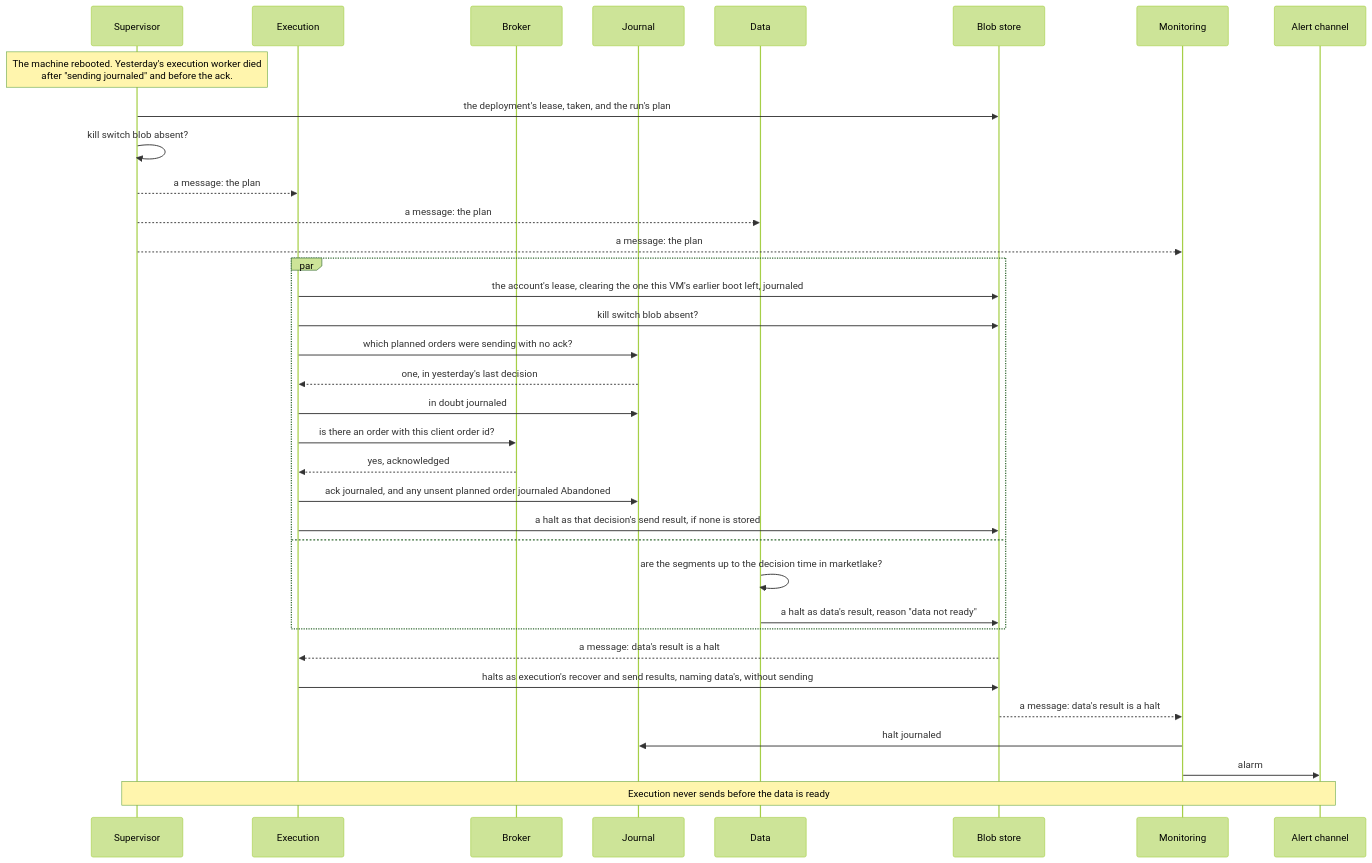
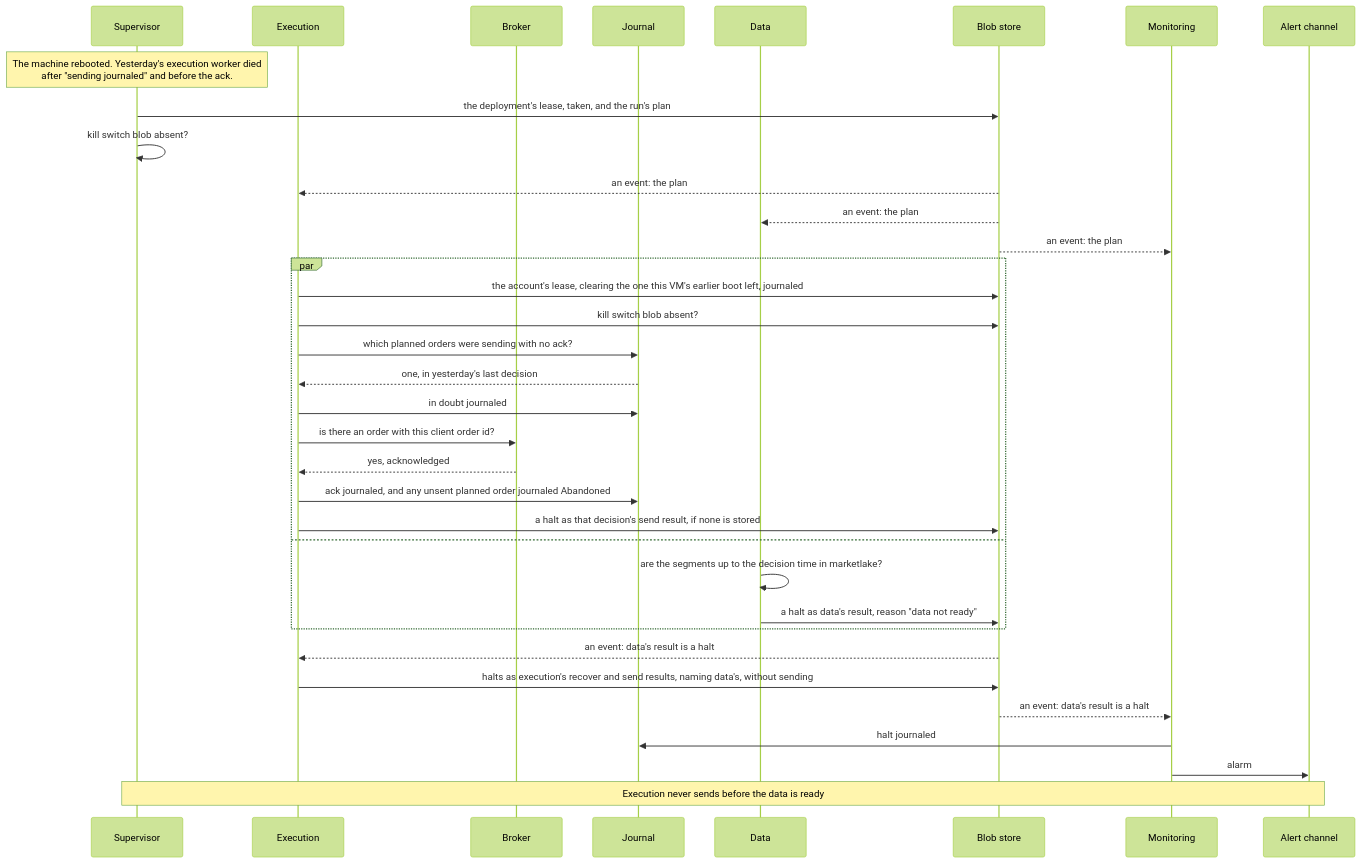
Before and after one commit to l3a0/ithildin-runtime: the sixth of 16 diagrams in docs/architecture.md, drawn with Mermaid (forest theme). The commit also changed other lines of this file and 1 other file, not shown here.

````diff
--- a/docs/architecture.md
+++ b/docs/architecture.md
@@ -728,38 +722,38 @@
 ```mermaid
 sequenceDiagram
     participant V as Supervisor
     participant X as Execution
     participant B as Broker
     participant J as Journal
     participant D as Data
     participant F as Blob store
     participant M as Monitoring
     participant L as Alert channel
 
     Note over V: The machine rebooted. Yesterday's execution worker died<br/>after "sending journaled" and before the ack.
     V->>F: the deployment's lease, taken, and the run's plan
     V->>V: kill switch blob absent?
-    V-->>X: a message: the plan
-    V-->>D: a message: the plan
-    V-->>M: a message: the plan
+    F-->>X: an event: the plan
+    F-->>D: an event: the plan
+    F-->>M: an event: the plan
     par
         X->>F: the account's lease, clearing the one this VM's earlier boot left, journaled
         X->>F: kill switch blob absent?
         X->>J: which planned orders were sending with no ack?
         J-->>X: one, in yesterday's last decision
         X->>J: in doubt journaled
         X->>B: is there an order with this client order id?
         B-->>X: yes, acknowledged
         X->>J: ack journaled, and any unsent planned order journaled Abandoned
         X->>F: a halt as that decision's send result, if none is stored
     and
         D->>D: are the segments up to the decision time in marketlake?
         D->>F: a halt as data's result, reason "data not ready"
     end
-    F-->>X: a message: data's result is a halt
+    F-->>X: an event: data's result is a halt
     X->>F: halts as execution's recover and send results, naming data's, without sending
-    F-->>M: a message: data's result is a halt
+    F-->>M: an event: data's result is a halt
     M->>J: halt journaled
     M->>L: alarm
     Note over V,L: Execution never sends before the data is ready
 ```
````
